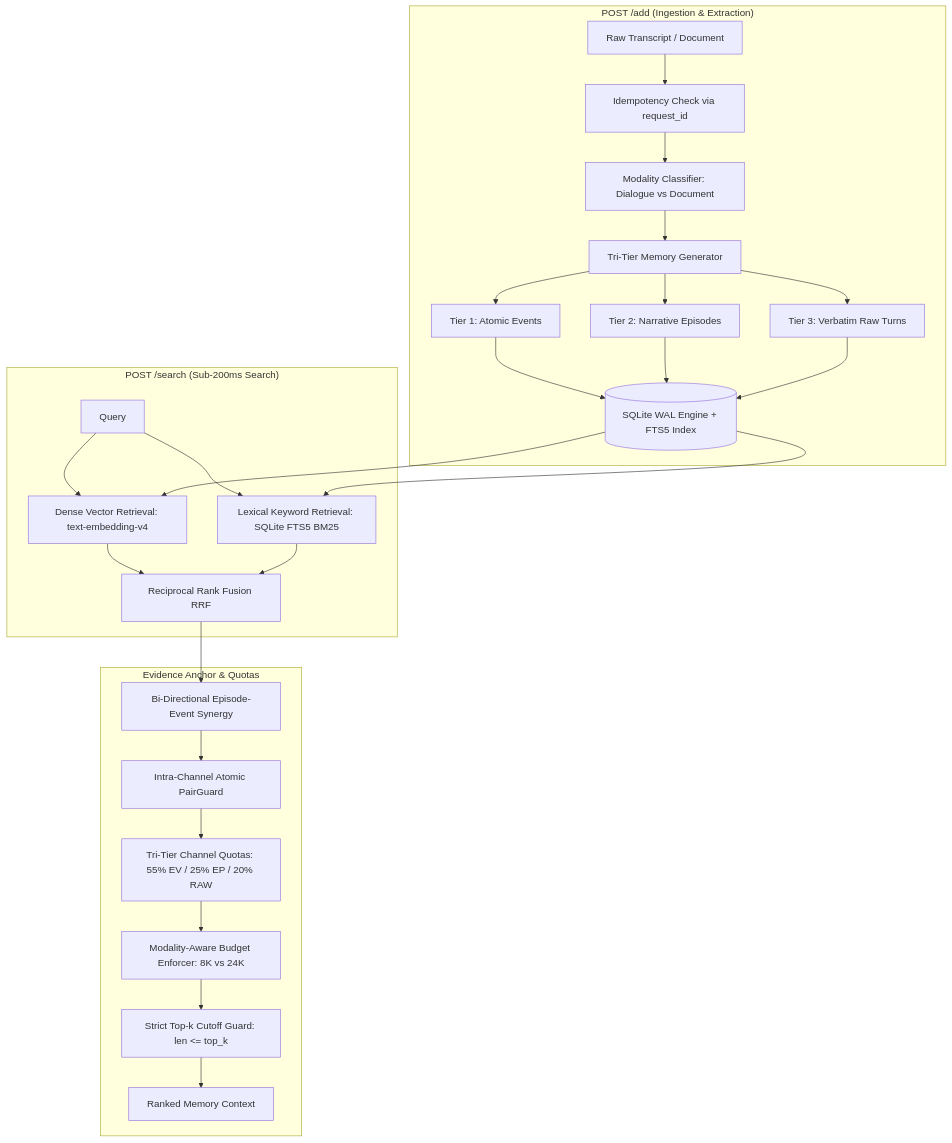
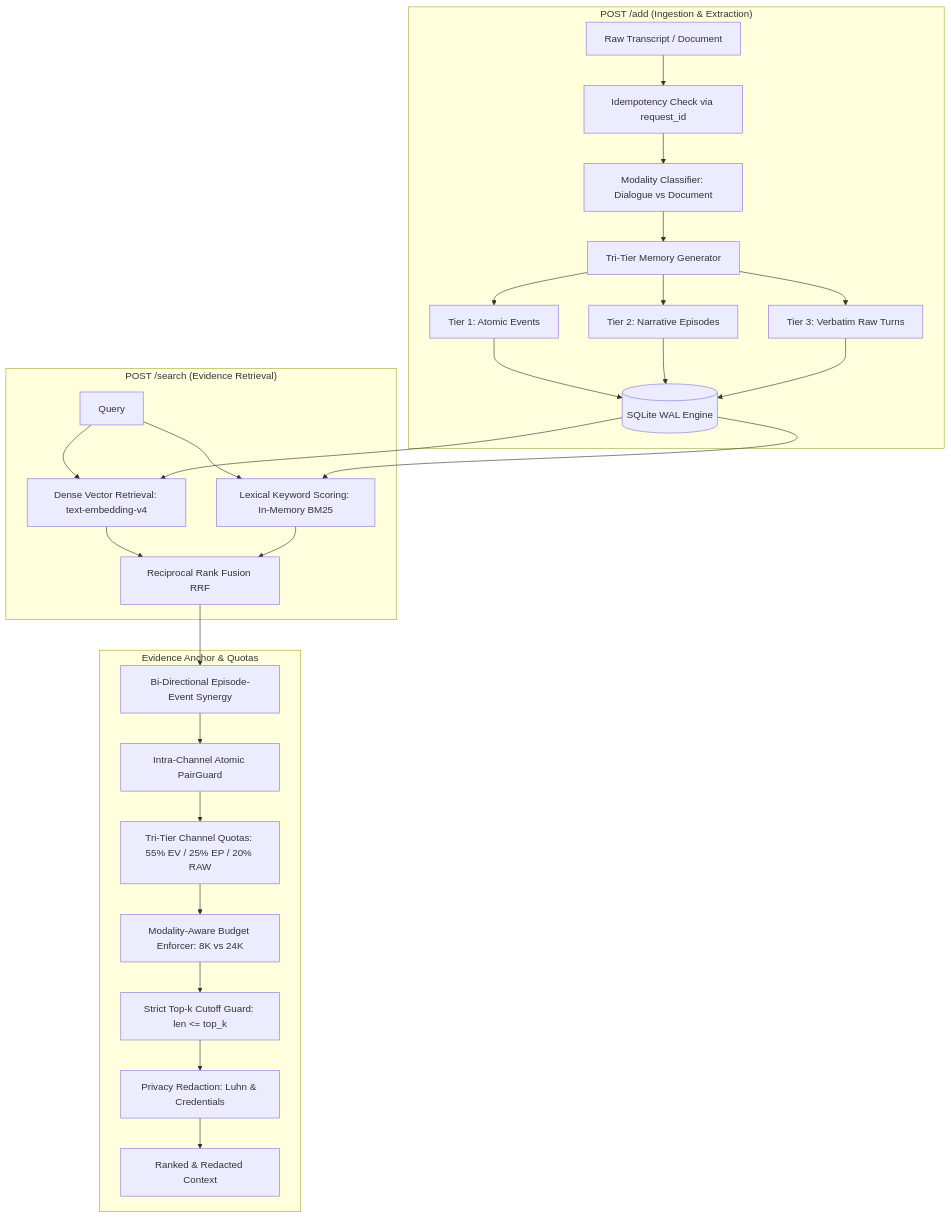
Before and after one commit to jianminYa/e2mem-aml-public: the second of 2 diagrams in docs/AML_COMPETITION_AND_SYSTEM_GUIDE.md, drawn with Mermaid. The commit also changed other lines of this file and 11 other files, not shown here.

````diff
--- a/docs/AML_COMPETITION_AND_SYSTEM_GUIDE.md
+++ b/docs/AML_COMPETITION_AND_SYSTEM_GUIDE.md
@@ -122,28 +121,29 @@
 ```mermaid
 flowchart TD
     subgraph Ingestion Pipeline ["POST /add (Ingestion & Extraction)"]
         A1[Raw Transcript / Document] --> A2[Idempotency Check via request_id]
         A2 --> A3[Modality Classifier: Dialogue vs Document]
         A3 --> A4[Tri-Tier Memory Generator]
         A4 --> M1[Tier 1: Atomic Events]
         A4 --> M2[Tier 2: Narrative Episodes]
         A4 --> M3[Tier 3: Verbatim Raw Turns]
-        M1 & M2 & M3 --> Storage[(SQLite WAL Engine + FTS5 Index)]
+        M1 & M2 & M3 --> Storage[(SQLite WAL Engine)]
     end
 
-    subgraph Retrieval Pipeline ["POST /search (Sub-200ms Search)"]
+    subgraph Retrieval Pipeline ["POST /search (Evidence Retrieval)"]
         S1[Query] --> S2[Dense Vector Retrieval: text-embedding-v4]
-        S1 --> S3[Lexical Keyword Retrieval: SQLite FTS5 BM25]
+        S1 --> S3[Lexical Keyword Scoring: In-Memory BM25]
         S2 & S3 --> S4[Reciprocal Rank Fusion RRF]
         Storage --> S2 & S3
     end
 
     subgraph Assembly Engine ["Evidence Anchor & Quotas"]
         S4 --> B1[Bi-Directional Episode-Event Synergy]
         B1 --> B2[Intra-Channel Atomic PairGuard]
         B2 --> B3[Tri-Tier Channel Quotas: 55% EV / 25% EP / 20% RAW]
         B3 --> B4[Modality-Aware Budget Enforcer: 8K vs 24K]
         B4 --> B5[Strict Top-k Cutoff Guard: len <= top_k]
-        B5 --> Output[Ranked Memory Context]
+        B5 --> B6[Privacy Redaction: Luhn & Credentials]
+        B6 --> Output[Ranked & Redacted Context]
     end
 ```
````
